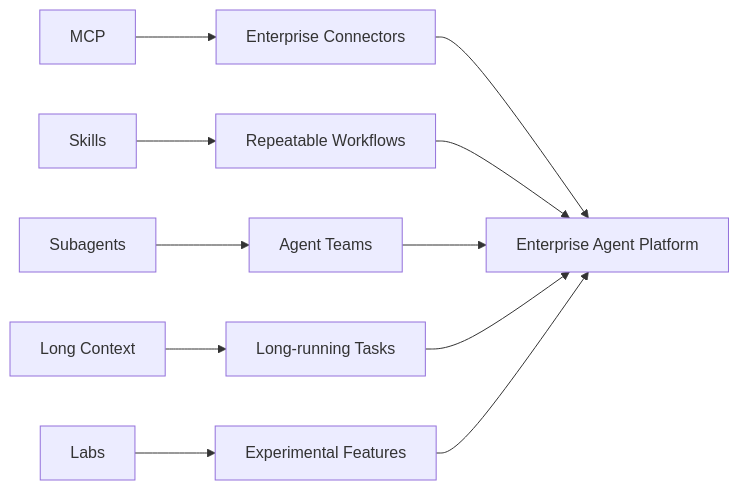
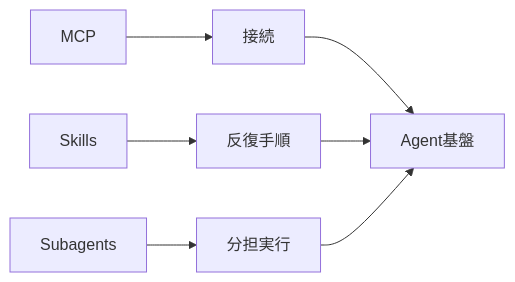
One commit to daylight55/research changed diagram 11 of 13 in src/content/blog/ai-llm-ontology-memory.mdx. Above: the diagram before and after it, drawn with Mermaid. The commit also changed other lines of this file and 20 other files, not shown here.

Commit message:
Mermaid図の表示サイズを調整

````diff
--- a/src/content/blog/ai-llm-ontology-memory.mdx
+++ b/src/content/blog/ai-llm-ontology-memory.mdx
@@ -405,13 +383,9 @@
 ```mermaid
 flowchart LR
-  MCP["MCP"] --> Conn["Enterprise Connectors"]
-  Skills["Skills"] --> Work["Repeatable Workflows"]
-  Sub["Subagents"] --> Team["Agent Teams"]
-  Context["Long Context"] --> Long["Long-running Tasks"]
-  Labs["Labs"] --> Preview["Experimental Features"]
-  Conn --> Platform["Enterprise Agent Platform"]
+  MCP["MCP"] --> Conn["接続"]
+  Skills["Skills"] --> Work["反復手順"]
+  Sub["Subagents"] --> Team["分担実行"]
+  Conn --> Platform["Agent基盤"]
   Work --> Platform
   Team --> Platform
-  Long --> Platform
-  Preview --> Platform
 ```
````
